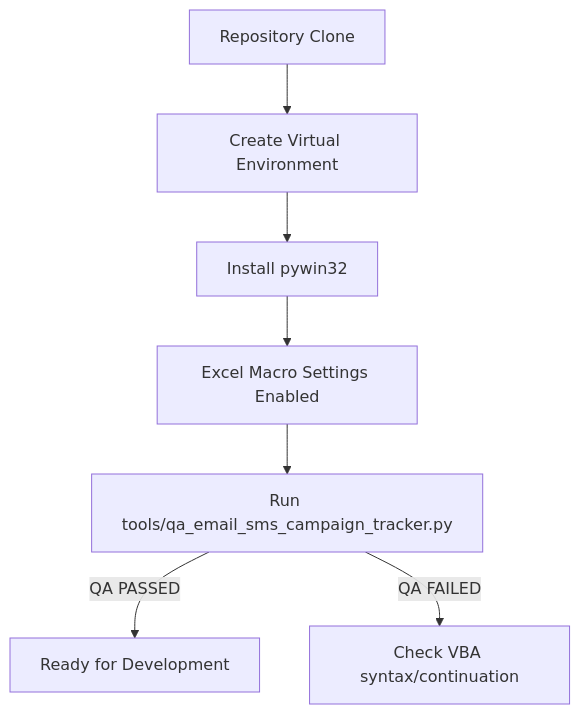
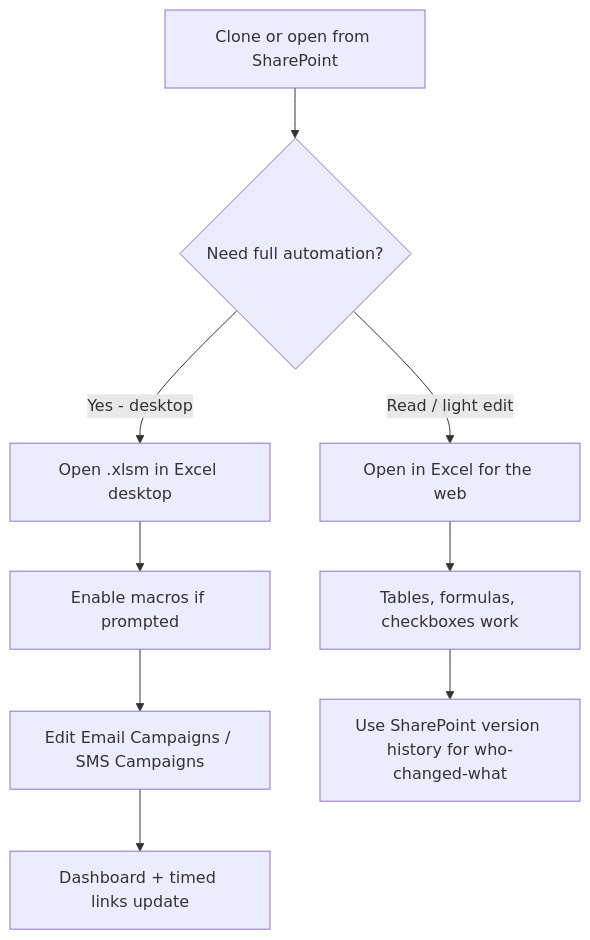
The first of 2 diagrams in Tech Stack Setup Guide.md (SecretlySpy/Excel-Spreadsheet-Templates), drawn with Mermaid before and after one commit. The commit also changed other lines of this file and 3 other files, not shown here.

````diff
--- a/Tech Stack Setup Guide.md
+++ b/Tech Stack Setup Guide.md
@@ -52,9 +50,11 @@
 ```mermaid
-graph TD
-    A[Repository Clone] --> B[Create Virtual Environment]
-    B --> C[Install pywin32]
-    C --> D[Excel Macro Settings Enabled]
-    D --> E[Run tools/qa_email_sms_campaign_tracker.py]
-    E -->|QA PASSED| F[Ready for Development]
-    E -->|QA FAILED| G[Check VBA syntax/continuation]
+flowchart TD
+    A[Clone or open from SharePoint] --> B{Need full automation?}
+    B -->|Yes - desktop| C[Open .xlsm in Excel desktop]
+    C --> D[Enable macros if prompted]
+    D --> E[Edit Email Campaigns / SMS Campaigns]
+    E --> F[Dashboard + timed links update]
+    B -->|Read / light edit| G[Open in Excel for the web]
+    G --> H[Tables, formulas, checkboxes work]
+    H --> I[Use SharePoint version history for who-changed-what]
 ```
````
